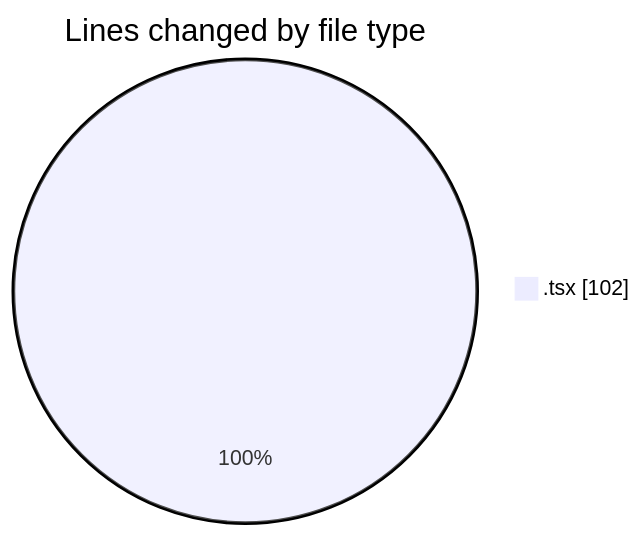
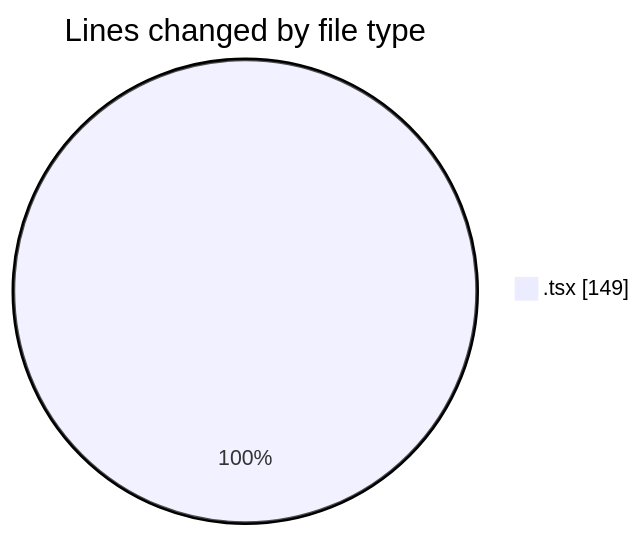
Before and after one commit to momahboobian/code-tracking: the first of 2 diagrams in 2025-02-13/cda/README.md, drawn with Mermaid. The commit also changed other lines of this file and 1 other file, not shown here.

````diff
--- a/2025-02-13/cda/README.md
+++ b/2025-02-13/cda/README.md
@@ -21,5 +22,5 @@
 ```mermaid
 pie showData
 title Lines changed by file type
-".tsx" : 102
+".tsx" : 149
 ```
````
